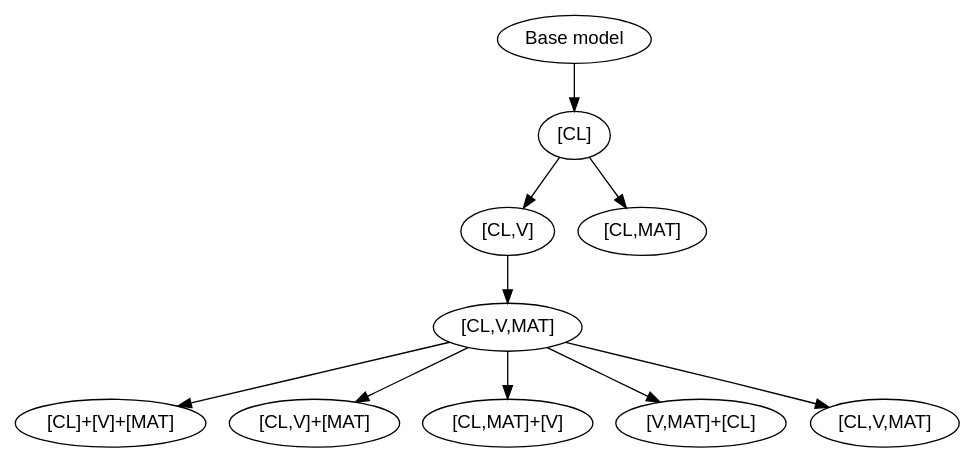
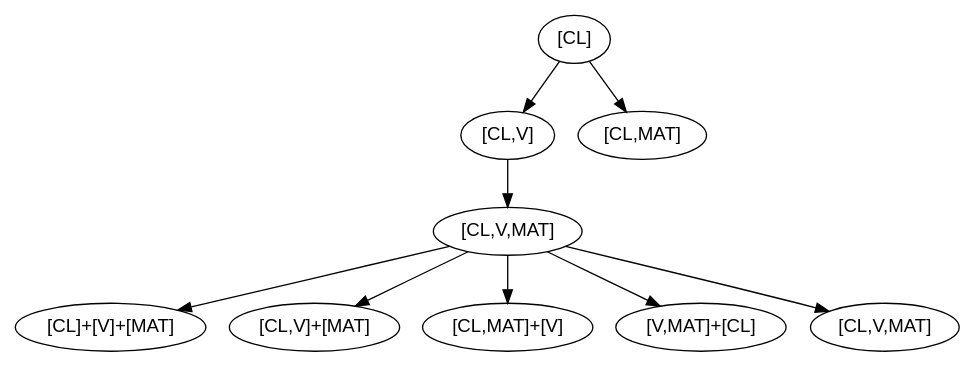
One commit to pharmpy/pharmpy.github.io changed the second of 3 diagrams in latest/_static/iivsearch.rst. Above: the diagram before and after it, drawn with Graphviz. The commit also changed other lines of this file and 495 other files, not shown here.

```diff
--- a/latest/_static/iivsearch.rst
+++ b/latest/_static/iivsearch.rst
@@ -200,28 +201,26 @@
 .. graphviz::
 
     digraph BST {
             node [fontname="Arial"];
-            base [label="Base model"]
             s1 [label="[CL]"]
             s2 [label="[CL,V]"]
             s3 [label="[CL,MAT]"]
             s4 [label="[CL,V,MAT]"]
 
-            base -> s1
             s1 -> s2
             s1 -> s3
             s2 -> s4
             
             s5 [label="[CL]+[V]+[MAT]"]
             s6 [label="[CL,V]+[MAT]"]
             s7 [label="[CL,MAT]+[V]"]
             s8 [label="[V,MAT]+[CL]"]
             s9 [label="[CL,V,MAT]"]
             
             s4 -> s5
             s4 -> s6
             s4 -> s7
             s4 -> s8
             s4 -> s9
             
         }
```
